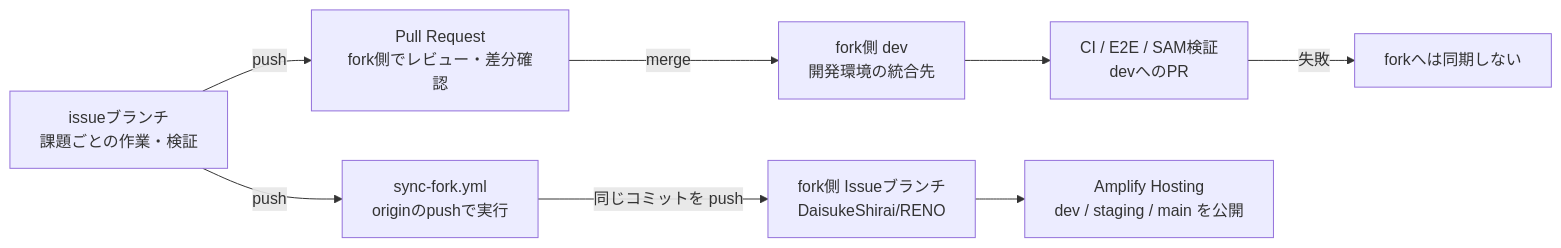
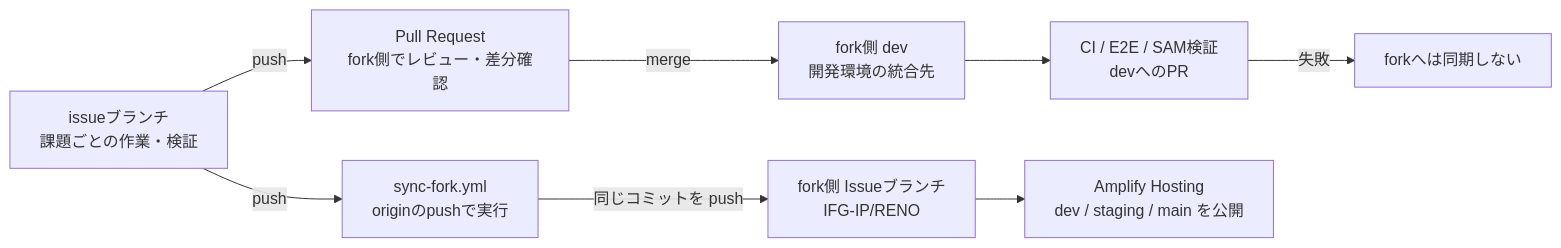
One commit to IFLAG-hps/RENO changed the first of 3 diagrams in docs/workflows/branch-workflow.md. Above: the diagram before and after it, drawn with Mermaid. The commit also changed other lines of this file and 10 other files, not shown here.

````diff
--- a/docs/workflows/branch-workflow.md
+++ b/docs/workflows/branch-workflow.md
@@ -15,19 +15,19 @@
 ```mermaid
 flowchart LR
     I[issueブランチ<br/>課題ごとの作業・検証]
     PR[Pull Request<br/>fork側でレビュー・差分確認]
     M[fork側 dev<br/>開発環境の統合先]
     T[CI / E2E / SAM検証<br/>devへのPR]
     S[sync-fork.yml<br/>originのpushで実行]
-    F[fork側 Issueブランチ<br/>DaisukeShirai/RENO]
+    F[fork側 Issueブランチ<br/>IFG-IP/RENO]
     A[Amplify Hosting<br/>dev / staging / main を公開]
 
     I -->|push| PR
     PR -->|merge| M
     M --> T
     I -->|push| S
     S -->|同じコミットを push| F
     F --> A
 
     T -->|失敗| X[forkへは同期しない]
 ```
````
